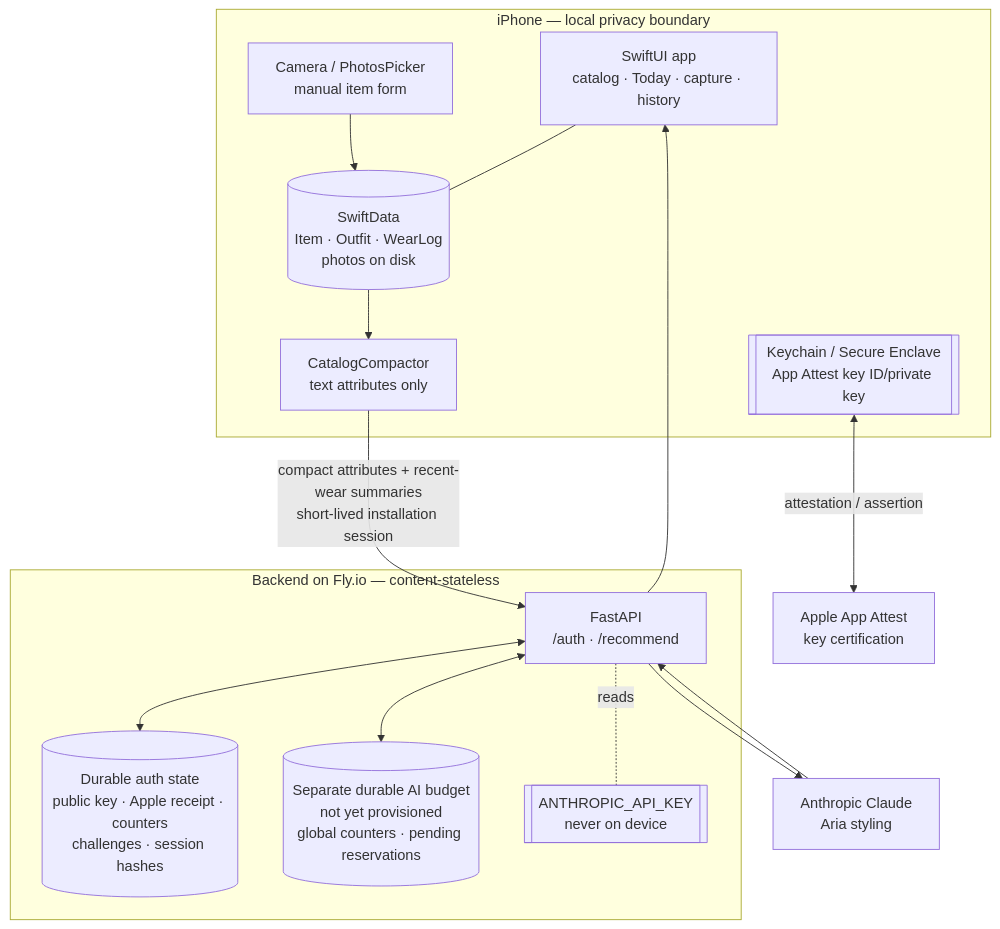
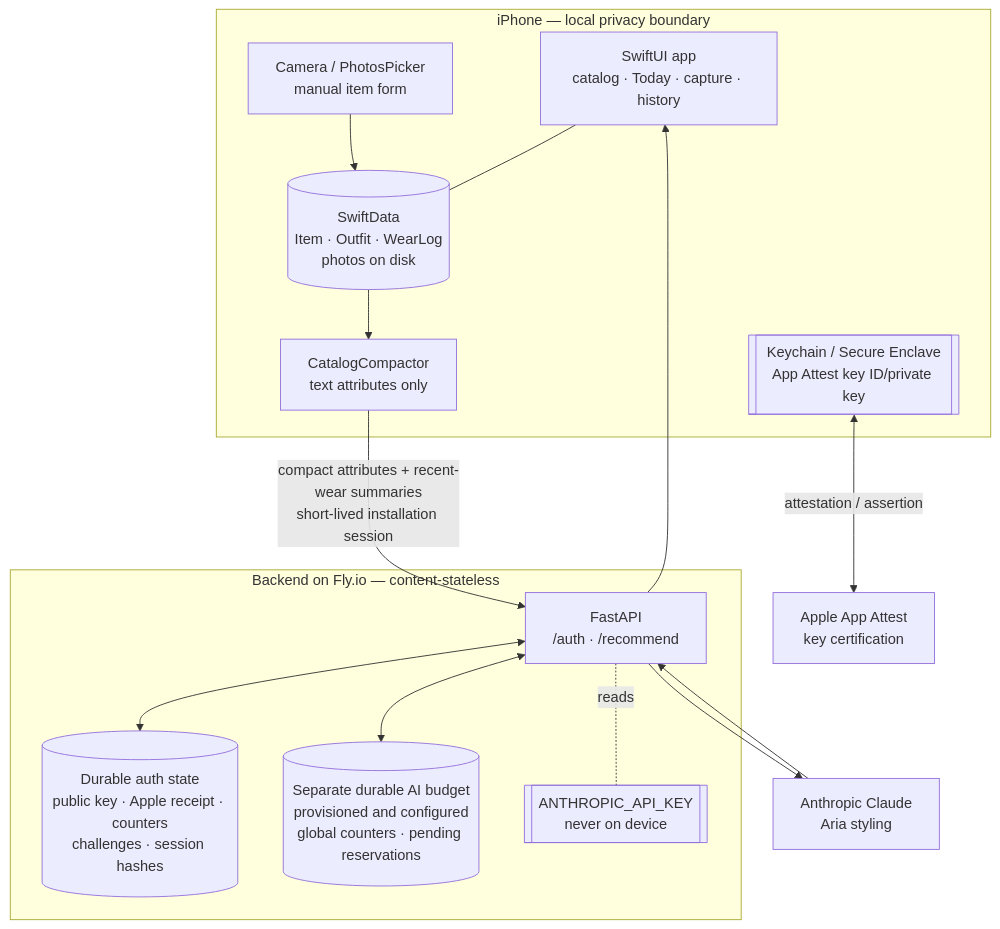
Before and after one commit to tzehon/wardrobe-stylist: the first of 6 diagrams in docs/architecture.md, drawn with Mermaid. The commit also changed other lines of this file and 10 other files, not shown here.

````diff
--- a/docs/architecture.md
+++ b/docs/architecture.md
@@ -46,31 +50,31 @@
 ```mermaid
 flowchart TB
     subgraph Device["iPhone — local privacy boundary"]
         UI["SwiftUI app<br/>catalog · Today · capture · history"]
         Store[("SwiftData<br/>Item · Outfit · WearLog<br/>photos on disk")]
         Capture["Camera / PhotosPicker<br/>manual item form"]
         Compact["CatalogCompactor<br/>text attributes only"]
         Keychain[["Keychain / Secure Enclave<br/>App Attest key ID/private key"]]
         Capture --> Store
         UI --- Store
         Store --> Compact
     end
 
     subgraph Cloud["Backend on Fly.io — content-stateless"]
         API["FastAPI<br/>/auth · /recommend"]
         AuthDB[("Durable auth state<br/>public key · Apple receipt · counters<br/>challenges · session hashes")]
-        BudgetDB[("Separate durable AI budget<br/>not yet provisioned<br/>global counters · pending reservations")]
+        BudgetDB[("Separate durable AI budget<br/>provisioned and configured<br/>global counters · pending reservations")]
         Key[["ANTHROPIC_API_KEY<br/>never on device"]]
         API <--> AuthDB
         API <--> BudgetDB
         API -. reads .- Key
     end
 
     Apple["Apple App Attest<br/>key certification"]
     Anthropic["Anthropic Claude<br/>Aria styling"]
 
     Keychain <-->|"attestation / assertion"| Apple
     Compact -->|"compact attributes + recent-wear summaries<br/>short-lived installation session"| API
     API --> Anthropic
     Anthropic --> API --> UI
 ```
````
